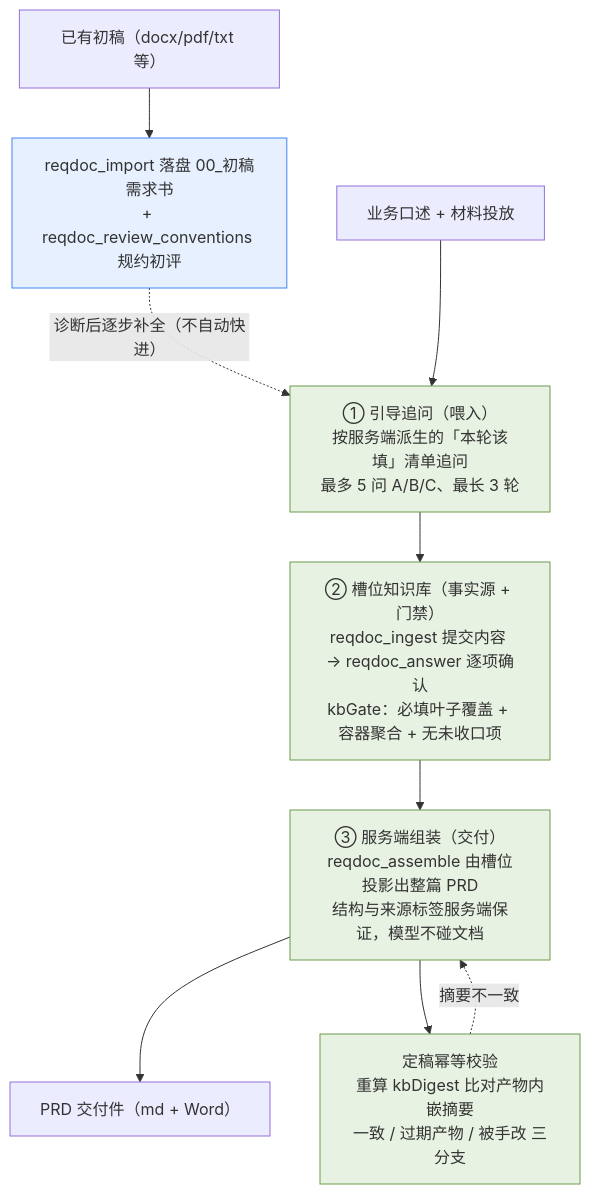
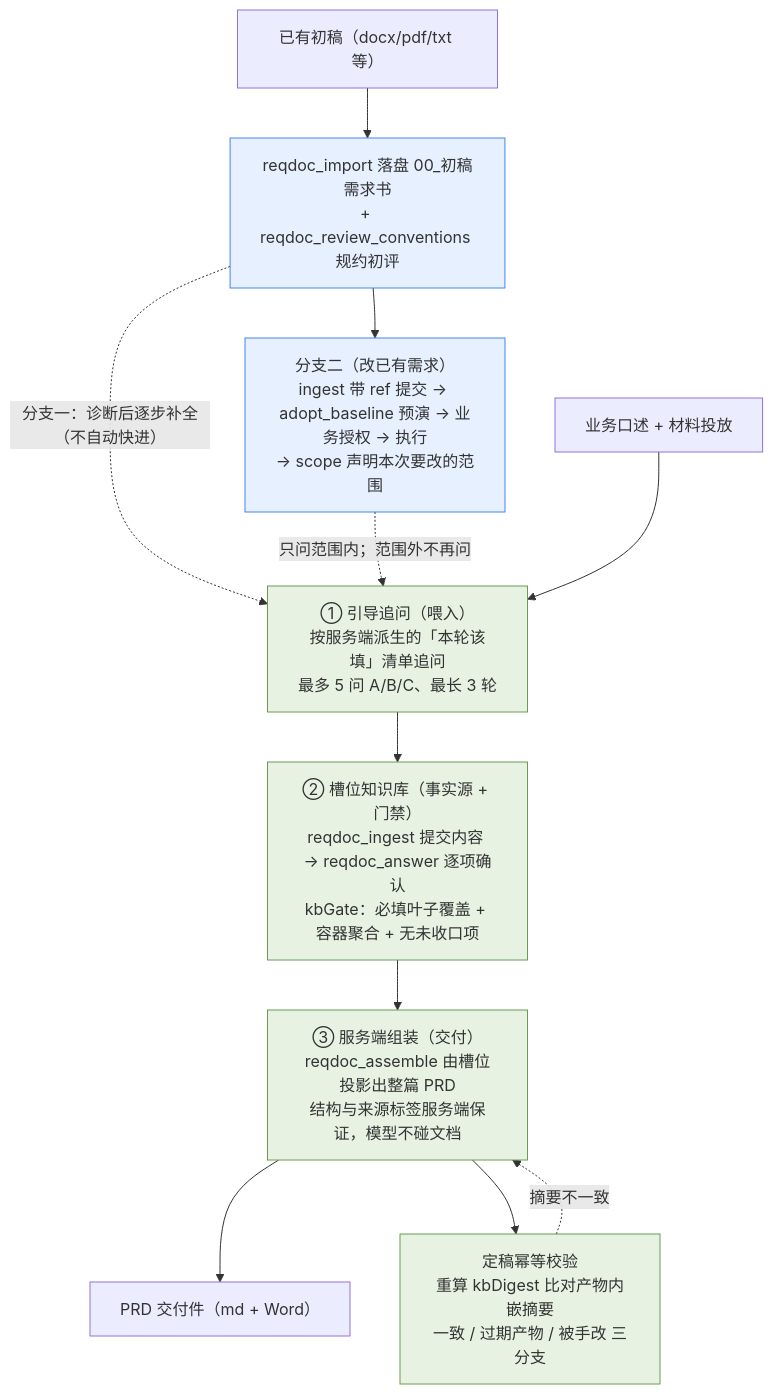
Before and after one commit to wonglaitung/opencode: the first of 4 diagrams in opencode-session-mgmt/docs/workflow-reqdoc.md, drawn with Mermaid. The commit also changed other lines of this file and 6 other files, not shown here.

First line of the commit message:
feat(reqdoc): 分支二收口——说明书/流程图/词汇表/状态条跟上（Step 6）

````diff
--- a/opencode-session-mgmt/docs/workflow-reqdoc.md
+++ b/opencode-session-mgmt/docs/workflow-reqdoc.md
@@ -23,17 +23,20 @@
 ```mermaid
 flowchart TD
     IMP["已有初稿（docx/pdf/txt 等）"] --> IMP2["reqdoc_import 落盘 00_初稿需求书<br/>+ reqdoc_review_conventions 规约初评"]
-    IMP2 -. 诊断后逐步补全（不自动快进） .-> A
+    IMP2 -. 分支一：诊断后逐步补全（不自动快进） .-> A
+    IMP2 --> AD["分支二（改已有需求）<br/>ingest 带 ref 提交 → adopt_baseline 预演 → 业务授权 → 执行<br/>→ scope 声明本次要改的范围"]
+    AD -. 只问范围内；范围外不再问 .-> A
     I["业务口述 + 材料投放"] --> A["① 引导追问（喂入）<br/>按服务端派生的「本轮该填」清单追问<br/>最多 5 问 A/B/C、最长 3 轮"]
     A --> B["② 槽位知识库（事实源 + 门禁）<br/>reqdoc_ingest 提交内容 → reqdoc_answer 逐项确认<br/>kbGate：必填叶子覆盖 + 容器聚合 + 无未收口项"]
     B --> C["③ 服务端组装（交付）<br/>reqdoc_assemble 由槽位投影出整篇 PRD<br/>结构与来源标签服务端保证，模型不碰文档"]
     C --> O["PRD 交付件（md + Word）"]
     C --> D["定稿幂等校验<br/>重算 kbDigest 比对产物内嵌摘要<br/>一致 / 过期产物 / 被手改 三分支"]
     D -. 摘要不一致 .-> C
     %% 风险分布：三大支柱均已结构性固化（绿色）
     style A fill:#e8f2e2,stroke:#6a9c4f
     style B fill:#e8f2e2,stroke:#6a9c4f
     style C fill:#e8f2e2,stroke:#6a9c4f
     style D fill:#e8f2e2,stroke:#6a9c4f
     style IMP2 fill:#e6f0ff,stroke:#4285f4
+    style AD fill:#e6f0ff,stroke:#4285f4
 ```
````
